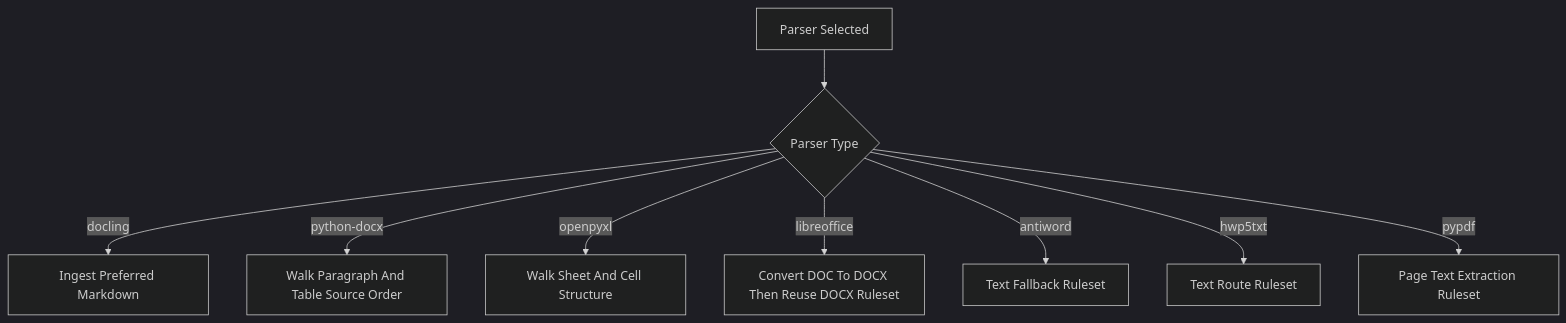
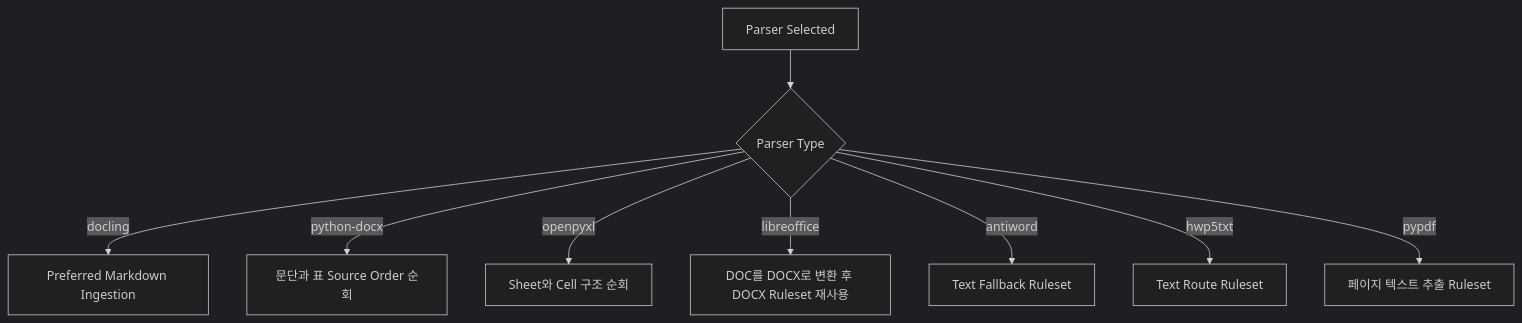
Before and after one commit to CapBarnacle/MarkBridge: the second of 7 diagrams in docs/30-confluence-parsing-guide.md, drawn with Mermaid (dark theme). The commit also changed other lines of this file and 1 other file, not shown here.

````diff
--- a/docs/30-confluence-parsing-guide.md
+++ b/docs/30-confluence-parsing-guide.md
@@ -155,11 +155,11 @@
 ```mermaid
 flowchart TD
     A[Parser Selected] --> B{Parser Type}
-    B -->|docling| C[Ingest Preferred Markdown]
-    B -->|python-docx| D[Walk Paragraph And Table Source Order]
-    B -->|openpyxl| E[Walk Sheet And Cell Structure]
-    B -->|libreoffice| F[Convert DOC To DOCX Then Reuse DOCX Ruleset]
+    B -->|docling| C[Preferred Markdown Ingestion]
+    B -->|python-docx| D[문단과 표 Source Order 순회]
+    B -->|openpyxl| E[Sheet와 Cell 구조 순회]
+    B -->|libreoffice| F[DOC를 DOCX로 변환 후 DOCX Ruleset 재사용]
     B -->|antiword| G[Text Fallback Ruleset]
     B -->|hwp5txt| H[Text Route Ruleset]
-    B -->|pypdf| I[Page Text Extraction Ruleset]
+    B -->|pypdf| I[페이지 텍스트 추출 Ruleset]
 ```
````
